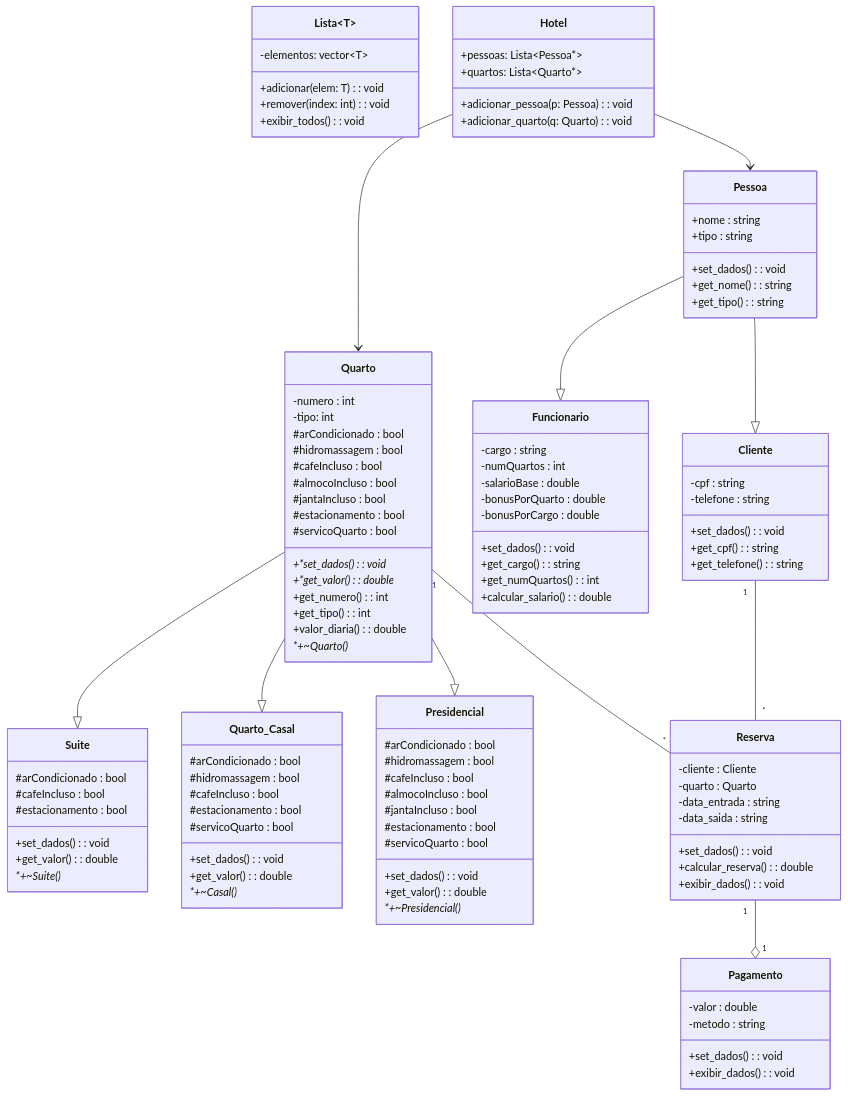
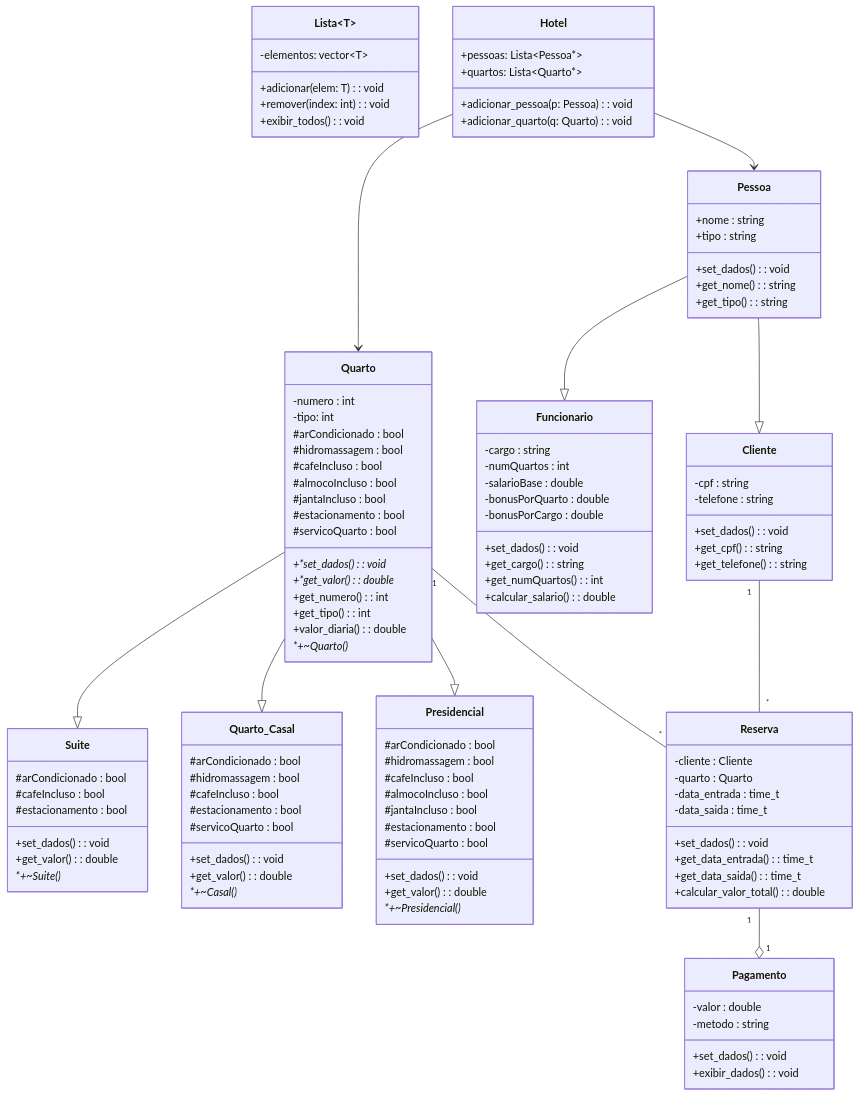
The diagram in diagrama.md (joaoMiguelSousaOliveira/LP_Projeto), drawn with Mermaid before and after one commit. The commit also changed 4 other files, not shown here.

```diff
--- a/diagrama.md
+++ b/diagrama.md
@@ -98,11 +98,12 @@
     class Reserva {
         -cliente : Cliente
         -quarto : Quarto
-        -data_entrada : string
-        -data_saida : string
+        -data_entrada : time_t
+        -data_saida : time_t
         +set_dados() : void
-        +calcular_reserva() : double 
-        +exibir_dados() : void
+        +get_data_entrada() : time_t
+        +get_data_saida() : time_t
+        +calcular_valor_total() : double 
     }
 
     class Pagamento {
```
